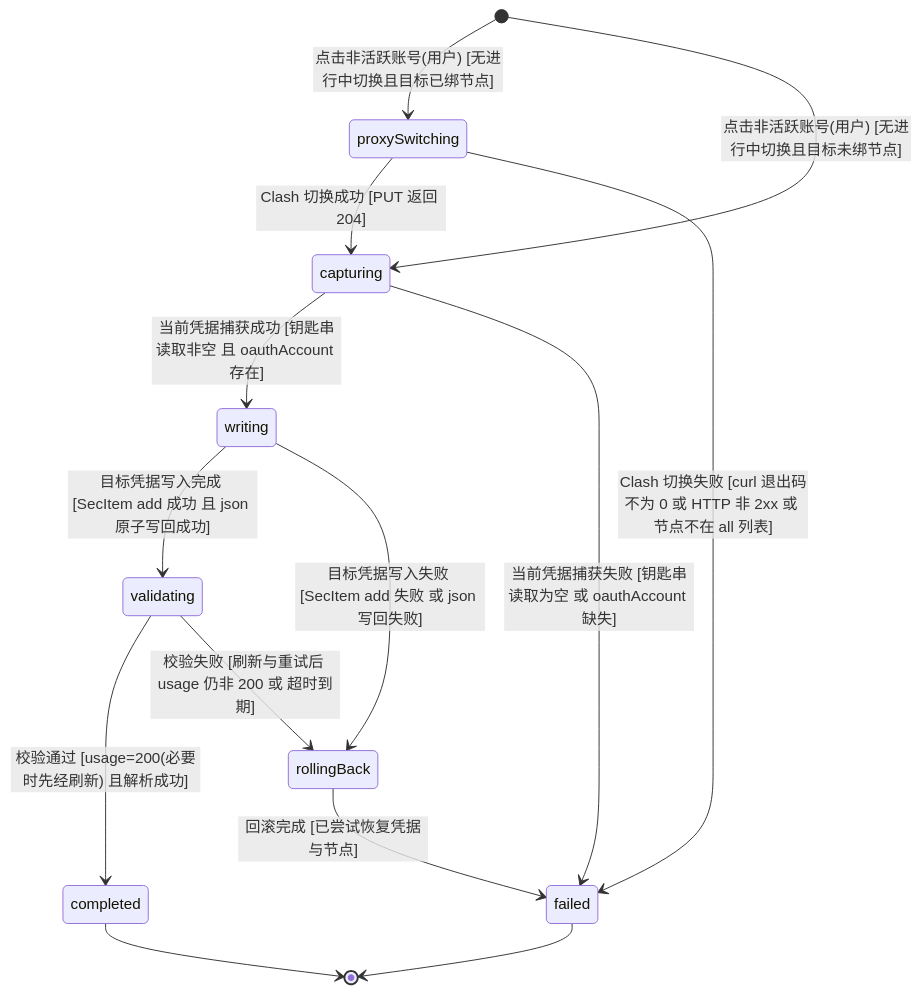
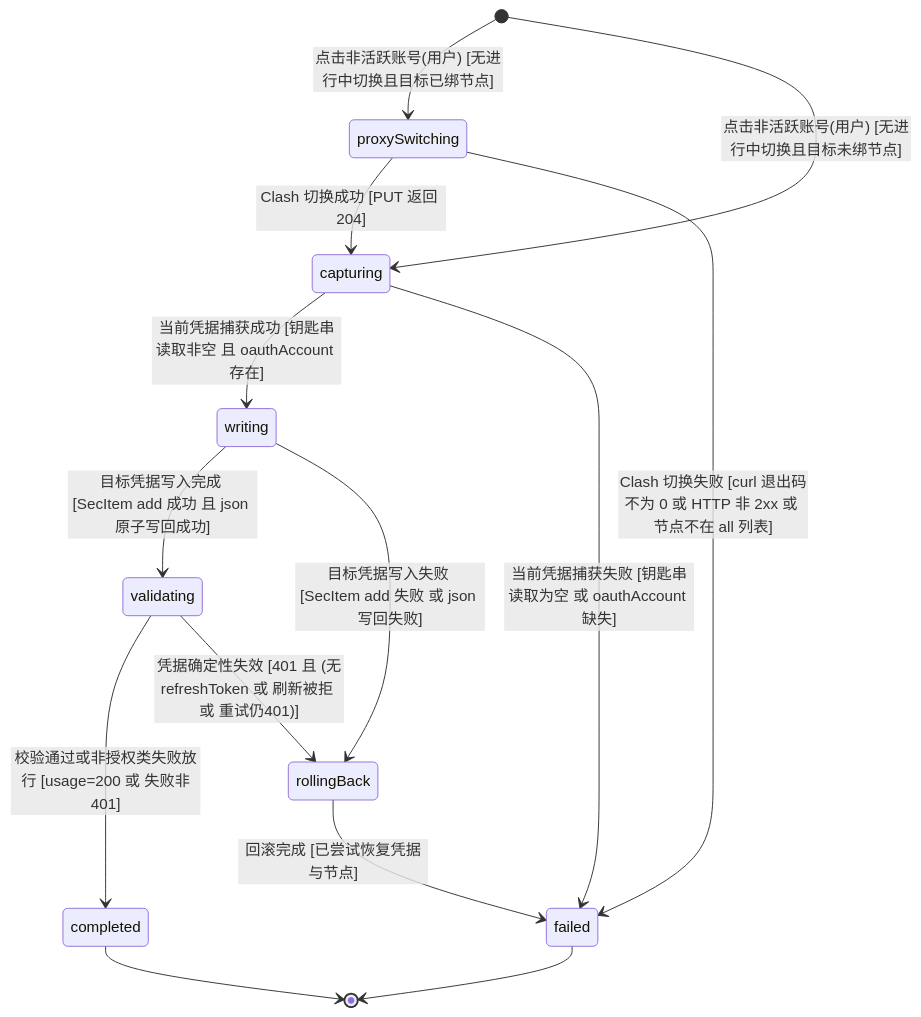
One commit to Bearisbug/CodexBar changed the third of 6 diagrams in docs/claude-native-multi-account-clash.md. Above: the diagram before and after it, drawn with Mermaid. The commit also changed other lines of this file and 12 other files, not shown here.

````diff
--- a/docs/claude-native-multi-account-clash.md
+++ b/docs/claude-native-multi-account-clash.md
@@ -198,16 +201,16 @@
 ```mermaid
 stateDiagram-v2
   [*] --> proxySwitching : 点击非活跃账号(用户) [无进行中切换且目标已绑节点]
   [*] --> capturing : 点击非活跃账号(用户) [无进行中切换且目标未绑节点]
   proxySwitching --> capturing : Clash 切换成功 [PUT 返回 204]
   proxySwitching --> failed : Clash 切换失败 [curl 退出码不为 0 或 HTTP 非 2xx 或 节点不在 all 列表]
   capturing --> writing : 当前凭据捕获成功 [钥匙串读取非空 且 oauthAccount 存在]
   capturing --> failed : 当前凭据捕获失败 [钥匙串读取为空 或 oauthAccount 缺失]
   writing --> validating : 目标凭据写入完成 [SecItem add 成功 且 json 原子写回成功]
   writing --> rollingBack : 目标凭据写入失败 [SecItem add 失败 或 json 写回失败]
-  validating --> completed : 校验通过 [usage=200(必要时先经刷新) 且解析成功]
-  validating --> rollingBack : 校验失败 [刷新与重试后 usage 仍非 200 或 超时到期]
+  validating --> completed : 校验通过或非授权类失败放行 [usage=200 或 失败非401]
+  validating --> rollingBack : 凭据确定性失效 [401 且 (无refreshToken 或 刷新被拒 或 重试仍401)]
   rollingBack --> failed : 回滚完成 [已尝试恢复凭据与节点]
   completed --> [*]
   failed --> [*]
 ```
````
